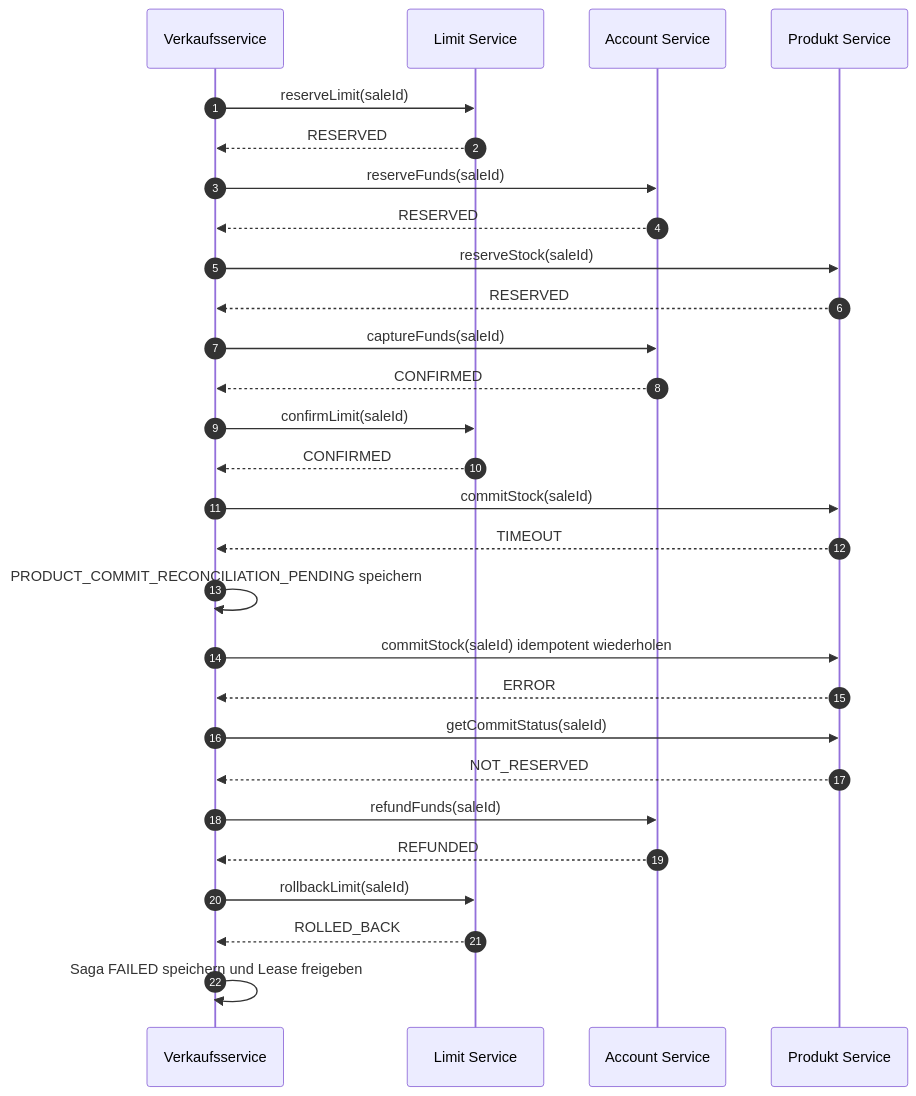
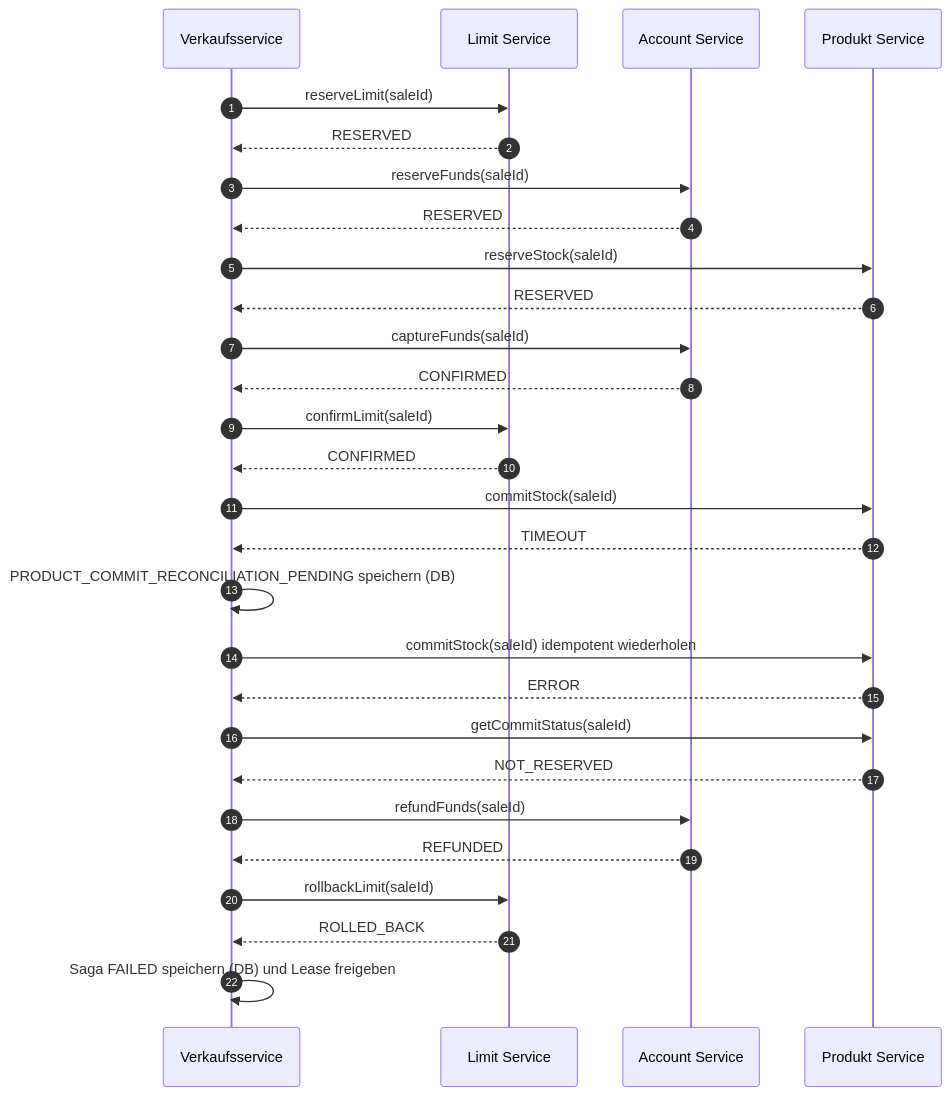
One commit to Adrian-Hansen-dev/second-hand-ticket-app changed diagram 14 of 29 in project-2/abgabe_projekt_2.md. Above: the diagram before and after it, drawn with Mermaid. The commit also changed other lines of this file, not shown here.

First line of the commit message:
Projekt 2: Persistenz und Recovery ergänzt

````diff
--- a/project-2/abgabe_projekt_2.md
+++ b/project-2/abgabe_projekt_2.md
@@ -468,32 +490,32 @@
 ```mermaid
 sequenceDiagram
     autonumber
     participant VS as Verkaufsservice
     participant LS as Limit Service
     participant AS as Account Service
     participant PS as Produkt Service
 
     VS->>LS: reserveLimit(saleId)
     LS-->>VS: RESERVED
     VS->>AS: reserveFunds(saleId)
     AS-->>VS: RESERVED
     VS->>PS: reserveStock(saleId)
     PS-->>VS: RESERVED
     VS->>AS: captureFunds(saleId)
     AS-->>VS: CONFIRMED
     VS->>LS: confirmLimit(saleId)
     LS-->>VS: CONFIRMED
 
     VS->>PS: commitStock(saleId)
     PS-->>VS: TIMEOUT
-    VS->>VS: PRODUCT_COMMIT_RECONCILIATION_PENDING speichern
+    VS->>VS: PRODUCT_COMMIT_RECONCILIATION_PENDING speichern (DB)
     VS->>PS: commitStock(saleId) idempotent wiederholen
     PS-->>VS: ERROR
     VS->>PS: getCommitStatus(saleId)
     PS-->>VS: NOT_RESERVED
     VS->>AS: refundFunds(saleId)
     AS-->>VS: REFUNDED
     VS->>LS: rollbackLimit(saleId)
     LS-->>VS: ROLLED_BACK
-    VS->>VS: Saga FAILED speichern und Lease freigeben
+    VS->>VS: Saga FAILED speichern (DB) und Lease freigeben
 ```
````
